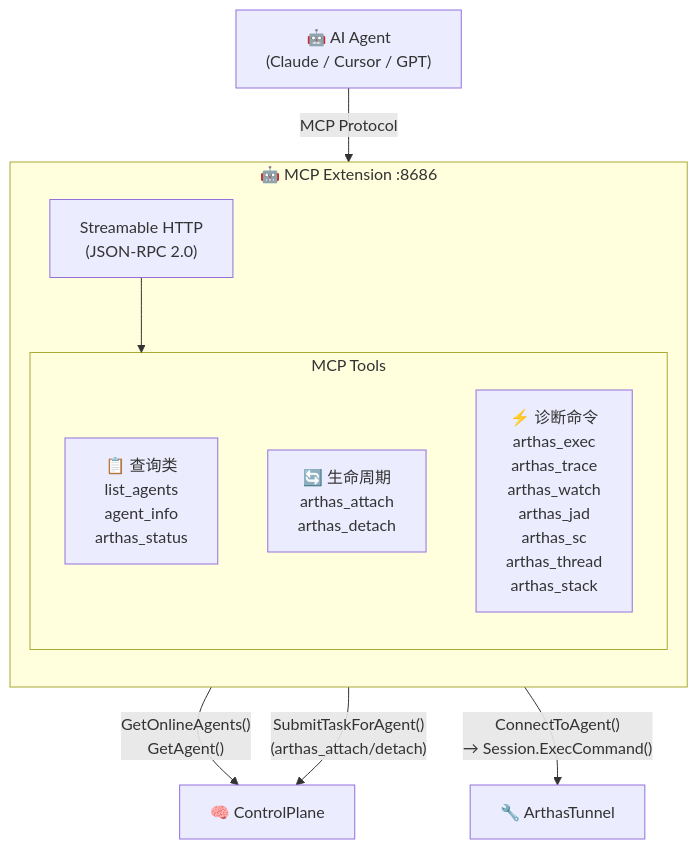
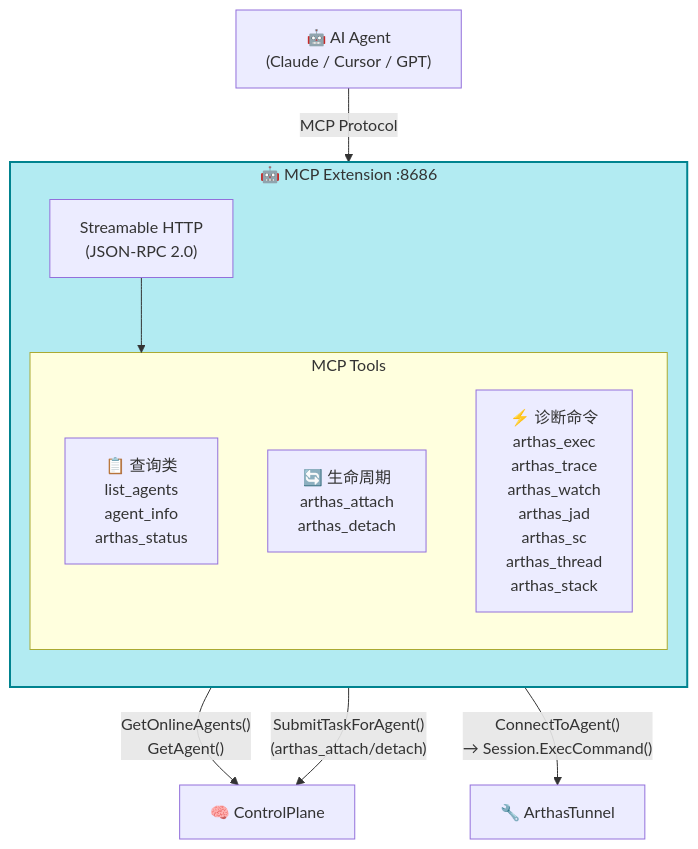
The eighth of 13 diagrams in README.md (junjiewwang/custom-opentelemetry-collector), drawn with Mermaid before and after one commit. The commit also changed other lines of this file, not shown here.

Commit message:
docs: 添加详细的 README.md 文档，包含架构图、组件详解和快速开始指南

````diff
--- a/README.md
+++ b/README.md
@@ -314,25 +332,27 @@
 ```mermaid
 graph TB
     AI["🤖 AI Agent<br/>(Claude / Cursor / GPT)"]
 
     subgraph MCP["🤖 MCP Extension :8686"]
         direction TB
         Transport["Streamable HTTP<br/>(JSON-RPC 2.0)"]
 
         subgraph Tools["MCP Tools"]
             Query["📋 查询类<br/>list_agents<br/>agent_info<br/>arthas_status"]
             Lifecycle["🔄 生命周期<br/>arthas_attach<br/>arthas_detach"]
             Commands["⚡ 诊断命令<br/>arthas_exec<br/>arthas_trace<br/>arthas_watch<br/>arthas_jad<br/>arthas_sc<br/>arthas_thread<br/>arthas_stack"]
         end
     end
 
     CP["🧠 ControlPlane"]
     AT["🔧 ArthasTunnel"]
 
     AI -->|"MCP Protocol"| Transport
     Transport --> Tools
 
     Query -->|"GetOnlineAgents()<br/>GetAgent()"| CP
     Lifecycle -->|"SubmitTaskForAgent()<br/>(arthas_attach/detach)"| CP
     Commands -->|"ConnectToAgent()<br/>→ Session.ExecCommand()"| AT
+
+    style MCP fill:#B2EBF2,stroke:#00838F,stroke-width:2px
 ```
````
